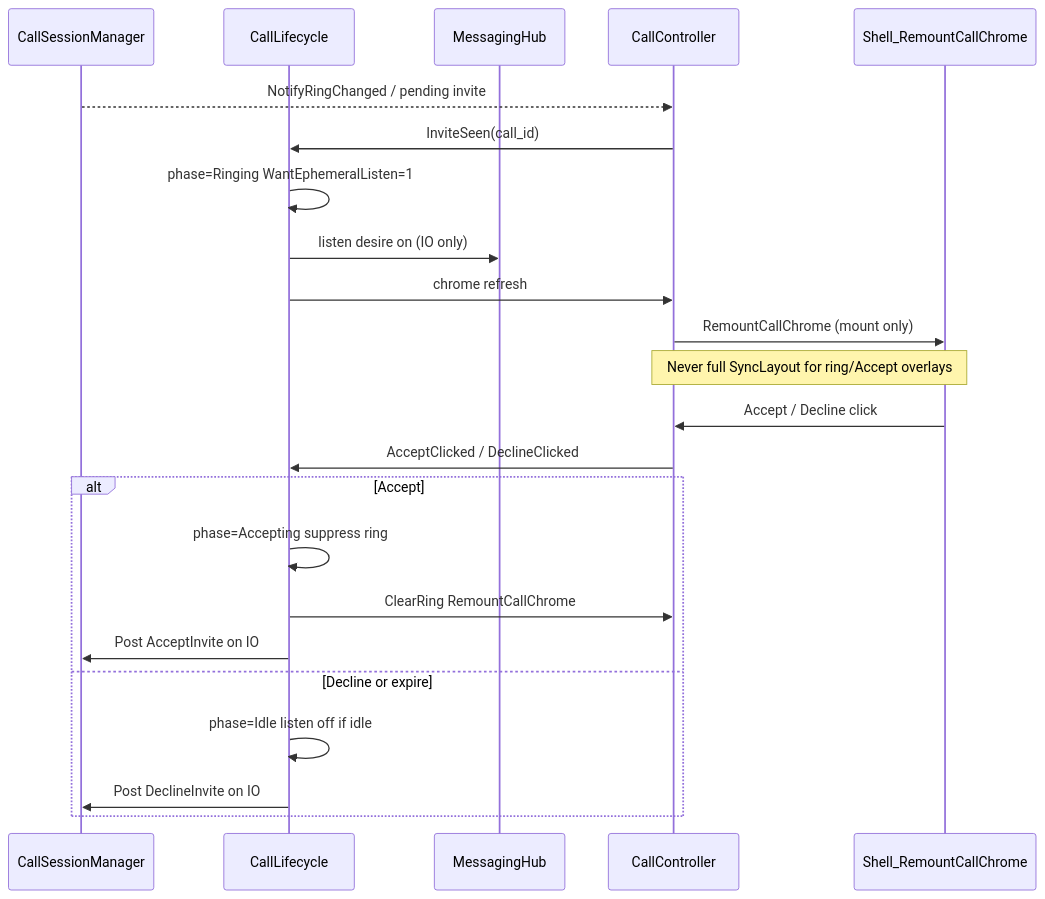
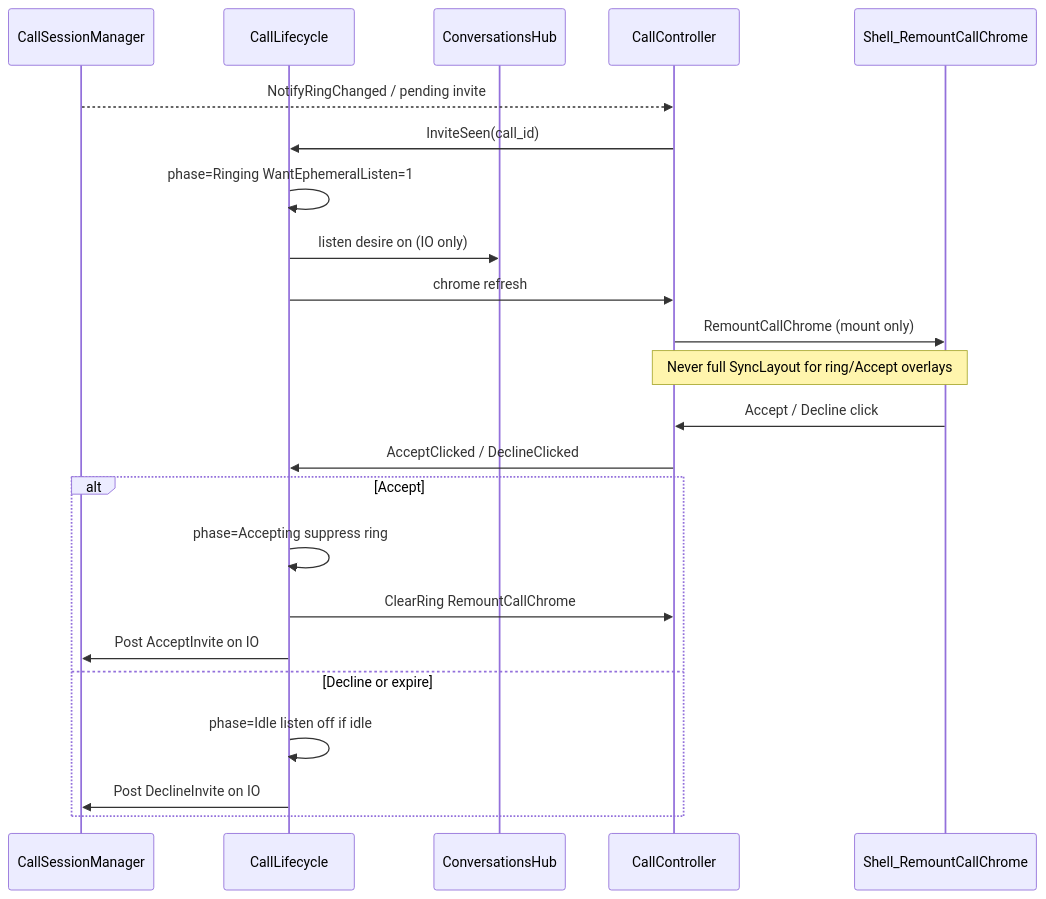
One commit to people-post/pp-browser changed the second of 5 diagrams in docs/architecture/CALLS.md. Above: the diagram before and after it, drawn with Mermaid. The commit also changed other lines of this file and 280 other files, not shown here.

First line of the commit message:
refactor: rename feature/messaging to feature/conversations

````diff
--- a/docs/architecture/CALLS.md
+++ b/docs/architecture/CALLS.md
@@ -58,26 +58,26 @@
 ```mermaid
 sequenceDiagram
   participant CSM as CallSessionManager
   participant Life as CallLifecycle
-  participant Hub as MessagingHub
+  participant Hub as ConversationsHub
   participant Ctrl as CallController
   participant UI as Shell_RemountCallChrome
 
   CSM-->>Ctrl: NotifyRingChanged / pending invite
   Ctrl->>Life: InviteSeen(call_id)
   Life->>Life: phase=Ringing WantEphemeralListen=1
   Life->>Hub: listen desire on (IO only)
   Life->>Ctrl: chrome refresh
   Ctrl->>UI: RemountCallChrome (mount only)
   Note over Ctrl,UI: Never full SyncLayout for ring/Accept overlays
   UI->>Ctrl: Accept / Decline click
   Ctrl->>Life: AcceptClicked / DeclineClicked
   alt Accept
     Life->>Life: phase=Accepting suppress ring
     Life->>Ctrl: ClearRing RemountCallChrome
     Life->>CSM: Post AcceptInvite on IO
   else Decline or expire
     Life->>Life: phase=Idle listen off if idle
     Life->>CSM: Post DeclineInvite on IO
   end
 ```
````
